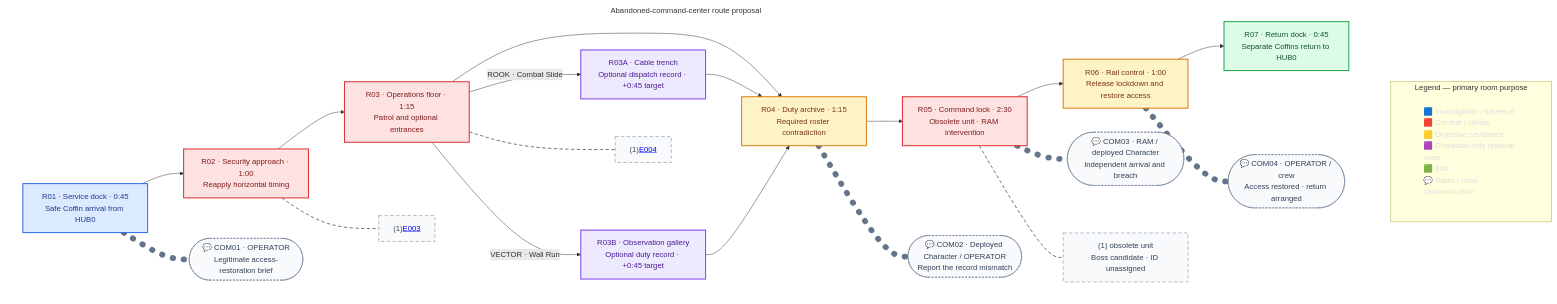
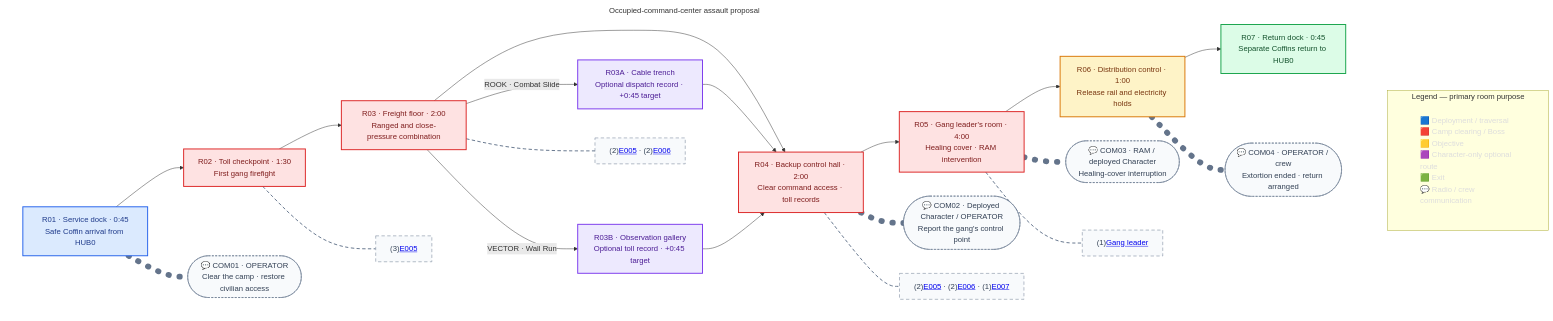
Before and after one commit to justgook/imprint-zero: the diagram in missions/m03.md, drawn with Mermaid. The commit also changed other lines of this file and 16 other files, not shown here.

Commit message:
📝(m03): define gang-base assault and RAM healing-cover entrance

````diff
--- a/missions/m03.md
+++ b/missions/m03.md
@@ -35,51 +54,52 @@
 ```mermaid
 flowchart TB
     subgraph Legend[Legend — primary room purpose]
-        L["🟦 Investigation / traversal<br/>🟥 Combat / climax<br/>🟨 Objective / evidence<br/>🟪 Character-only optional route<br/>🟩 Exit<br/>💬 Radio / crew communication"]
+        L["🟦 Deployment / traversal<br/>🟥 Camp clearing / Boss<br/>🟨 Objective<br/>🟪 Character-only optional route<br/>🟩 Exit<br/>💬 Radio / crew communication"]
     end
 
-    subgraph Route[Abandoned-command-center route proposal]
+    subgraph Route[Occupied-command-center assault proposal]
         direction LR
-        R01["R01 · Service dock · 0:45<br/>Safe Coffin arrival from HUB0"] --> R02["R02 · Security approach · 1:00<br/>Reapply horizontal timing"]
-        R02 --> R03["R03 · Operations floor · 1:15<br/>Patrol and optional entrances"]
-        R03 --> R04["R04 · Duty archive · 1:15<br/>Required roster contradiction"]
-        R04 --> R05["R05 · Command lock · 2:30<br/>Obsolete unit · RAM intervention"]
-        R05 --> R06["R06 · Rail control · 1:00<br/>Release lockdown and restore access"]
+        R01["R01 · Service dock · 0:45<br/>Safe Coffin arrival from HUB0"] --> R02["R02 · Toll checkpoint · 1:30<br/>First gang firefight"]
+        R02 --> R03["R03 · Freight floor · 2:00<br/>Ranged and close-pressure combination"]
+        R03 --> R04["R04 · Backup control hall · 2:00<br/>Clear command access · toll records"]
+        R04 --> R05["R05 · Gang leader's room · 4:00<br/>Healing cover · RAM intervention"]
+        R05 --> R06["R06 · Distribution control · 1:00<br/>Release rail and electricity holds"]
         R06 --> R07["R07 · Return dock · 0:45<br/>Separate Coffins return to HUB0"]
 
         R03 -->|ROOK · Combat Slide| R03A["R03A · Cable trench<br/>Optional dispatch record · +0:45 target"]
         R03A --> R04
-        R03 -->|VECTOR · Wall Run| R03B["R03B · Observation gallery<br/>Optional duty record · +0:45 target"]
+        R03 -->|VECTOR · Wall Run| R03B["R03B · Observation gallery<br/>Optional toll record · +0:45 target"]
         R03B --> R04
 
-        R01 -.- COM01(["💬 COM01 · OPERATOR<br/>Legitimate access-restoration brief"])
-        R04 -.- COM02(["💬 COM02 · Deployed Character / OPERATOR<br/>Report the record mismatch"])
-        R05 -.- COM03(["💬 COM03 · RAM / deployed Character<br/>Independent arrival and breach"])
-        R06 -.- COM04(["💬 COM04 · OPERATOR / crew<br/>Access restored · return arranged"])
+        R01 -.- COM01(["💬 COM01 · OPERATOR<br/>Clear the camp · restore civilian access"])
+        R04 -.- COM02(["💬 COM02 · Deployed Character / OPERATOR<br/>Report the gang's control point"])
+        R05 -.- COM03(["💬 COM03 · RAM / deployed Character<br/>Healing-cover interruption"])
+        R06 -.- COM04(["💬 COM04 · OPERATOR / crew<br/>Extortion ended · return arranged"])
 
-        R02 -.- C02["(1)<a href='#/enemies/e003'>E003</a>"]
-        R03 -.- C03["(1)<a href='#/enemies/e004'>E004</a>"]
-        R05 -.- C05["(1) obsolete unit<br/>Boss candidate · ID unassigned"]
+        R02 -.- C02["(3)<a href='#/enemies/e005'>E005</a>"]
+        R03 -.- C03["(2)<a href='#/enemies/e005'>E005</a> · (2)<a href='#/enemies/e006'>E006</a>"]
+        R04 -.- C04["(2)<a href='#/enemies/e005'>E005</a> · (2)<a href='#/enemies/e006'>E006</a> · (1)<a href='#/enemies/e007'>E007</a>"]
+        R05 -.- C05["(1)<a href='#/bosses/tollkeeper'>Gang leader</a>"]
     end
 
-    classDef investigation fill:#dbeafe,stroke:#2563eb,color:#1e3a8a,stroke-width:2px;
+    classDef deployment fill:#dbeafe,stroke:#2563eb,color:#1e3a8a,stroke-width:2px;
     classDef combat fill:#fee2e2,stroke:#dc2626,color:#7f1d1d,stroke-width:2px;
     classDef objective fill:#fef3c7,stroke:#d97706,color:#78350f,stroke-width:2px;
     classDef optional fill:#ede9fe,stroke:#7c3aed,color:#4c1d95,stroke-width:2px;
     classDef exit fill:#dcfce7,stroke:#16a34a,color:#14532d,stroke-width:2px;
     classDef communication fill:#f8fafc,stroke:#64748b,color:#334155,stroke-width:1px,stroke-dasharray:4 3;
     classDef roomContent fill:#f8fafc,stroke:#64748b,color:#334155,stroke-width:1px,stroke-dasharray:7 5;
     classDef legend fill:none,stroke:none,color:#ddd,text-align:left;
 
-    class R01 investigation;
-    class R02,R03,R05 combat;
-    class R04,R06 objective;
+    class R01 deployment;
+    class R02,R03,R04,R05 combat;
+    class R06 objective;
     class R03A,R03B optional;
     class R07 exit;
     class COM01,COM02,COM03,COM04 communication;
-    class C02,C03,C05 roomContent;
+    class C02,C03,C04,C05 roomContent;
     class L legend;
     linkStyle 10,11,12,13 stroke:#64748b,stroke-width:12px,stroke-dasharray:1 22,stroke-linecap:round;
-    linkStyle 14,15,16 stroke:#64748b,stroke-width:2px,stroke-dasharray:7 5;
+    linkStyle 14,15,16,17 stroke:#64748b,stroke-width:2px,stroke-dasharray:7 5;
     style Route fill:none,stroke:none;
 ```
````
